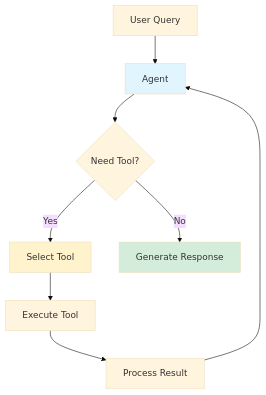
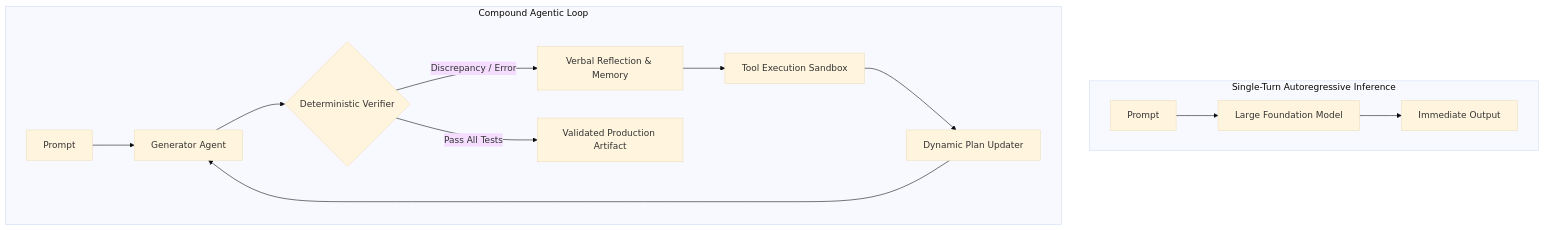
The first of 7 diagrams in _posts/2024/08/2024-08-05-agentic-application-design-patterns.md (akillness/akillness.github.io), drawn with Mermaid (base theme) before and after one commit. The commit also changed other lines of this file and 1 other file, not shown here.

Commit message:
archive(dev): rebuild agentic-application-design-patterns from 2024-08 note

````diff
--- a/_posts/2024/08/2024-08-05-agentic-application-design-patterns.md
+++ b/_posts/2024/08/2024-08-05-agentic-application-design-patterns.md
@@ -129,14 +20,17 @@
 ```mermaid
-graph TB
-    A[User Query] --> B[Agent]
-    B --> C{Need Tool?}
-    C -->|Yes| D[Select Tool]
-    D --> E[Execute Tool]
-    E --> F[Process Result]
-    F --> B
-    C -->|No| G[Generate Response]
-    
-    style B fill:#e1f5ff
-    style D fill:#fff3cd
-    style G fill:#d4edda
+graph TD
+    subgraph ZeroShotInference["Single-Turn Autoregressive Inference"]
+        P[Prompt] --> LLM1[Large Foundation Model]
+        LLM1 --> R1[Immediate Output]
+    end
+
+    subgraph AgenticWorkflow["Compound Agentic Loop"]
+        P2[Prompt] --> Gen[Generator Agent]
+        Gen --> Eval{Deterministic Verifier}
+        Eval -->|Discrepancy / Error| Refl[Verbal Reflection & Memory]
+        Refl --> Tool[Tool Execution Sandbox]
+        Tool --> Plan[Dynamic Plan Updater]
+        Plan --> Gen
+        Eval -->|Pass All Tests| R2[Validated Production Artifact]
+    end
 ```
````
